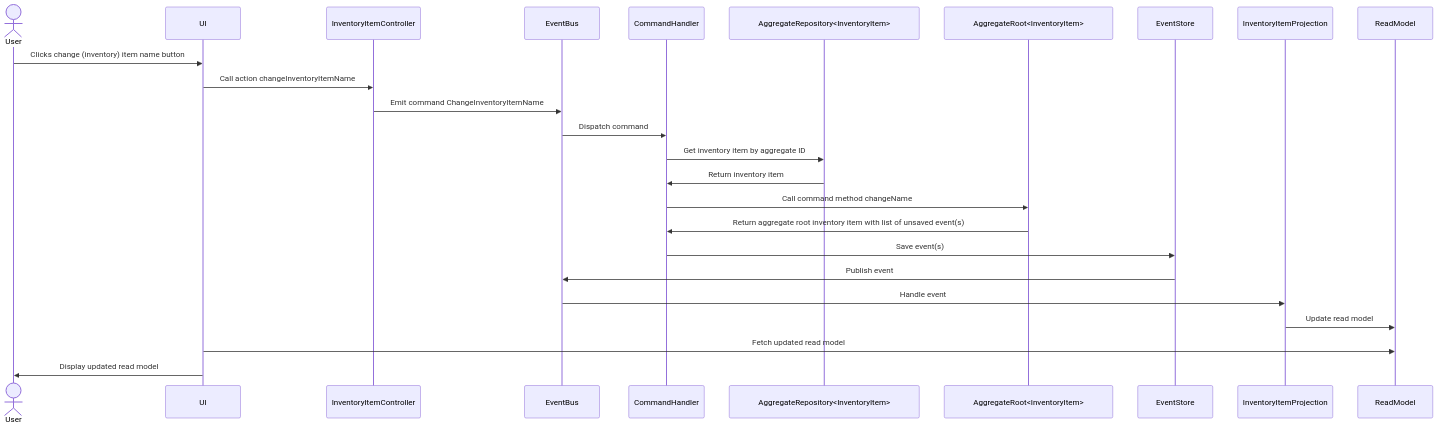
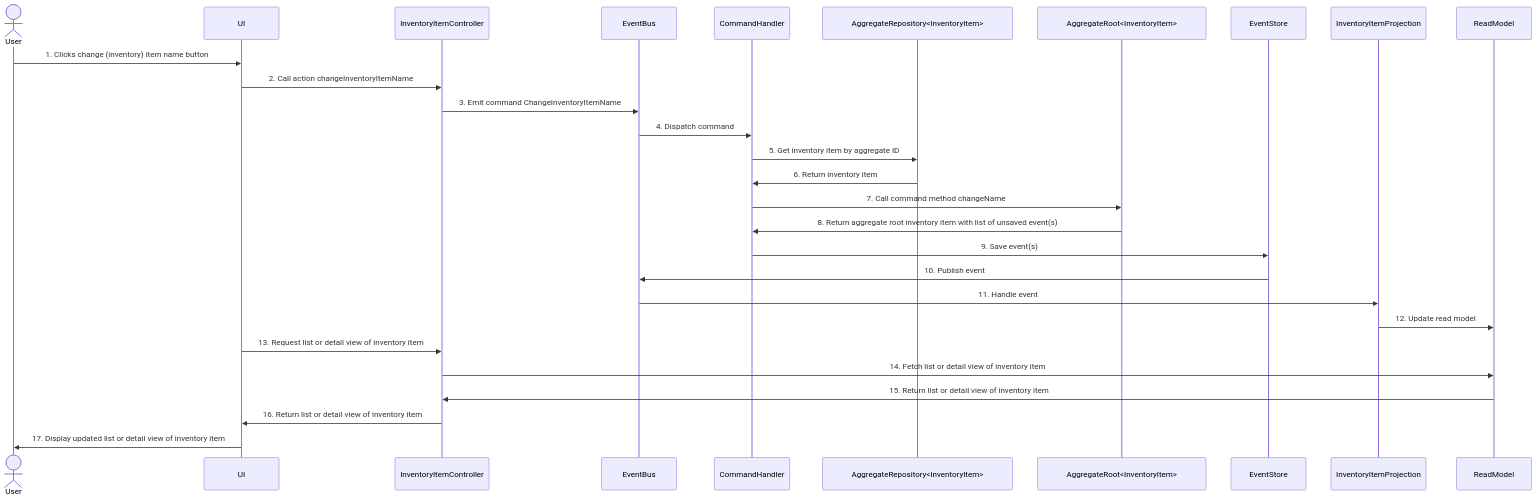
Before and after one commit to simonschoof/simonschoof.com: the first of 2 diagrams in content/post/cqrs-es-kotlin-backend.md, drawn with Mermaid. The commit also changed other lines of this file, not shown here.

Commit message:
#6 | continuies flow and code walkthrough

````diff
--- a/content/post/cqrs-es-kotlin-backend.md
+++ b/content/post/cqrs-es-kotlin-backend.md
@@ -124,29 +124,32 @@
 ```mermaid
 sequenceDiagram
     actor User
     participant UI
     participant InventoryItemController
     participant EventBus
     participant CommandHandler
     participant AggregateRepository#60;InventoryItem#62;
     participant AggregateRoot#60;InventoryItem#62;
     participant EventStore
     participant EventBus
     participant InventoryItemProjection
     participant ReadModel
 
-    User->>UI: Clicks change (inventory) item name  button
-    UI->>InventoryItemController: Call action changeInventoryItemName
-    InventoryItemController->>EventBus: Emit command ChangeInventoryItemName
-    EventBus->>CommandHandler: Dispatch command
-    CommandHandler->>AggregateRepository#60;InventoryItem#62;: Get inventory item by aggregate ID
-    AggregateRepository#60;InventoryItem#62;->>CommandHandler: Return inventory item
-    CommandHandler->>AggregateRoot#60;InventoryItem#62;: Call command method changeName
-    AggregateRoot#60;InventoryItem#62;->>CommandHandler: Return aggregate root inventory item with list of unsaved event(s)
-    CommandHandler->>EventStore: Save event(s)
-    EventStore->>EventBus: Publish event
-    EventBus->>InventoryItemProjection: Handle event
-    InventoryItemProjection->>ReadModel: Update read model
-    UI->>ReadModel: Fetch updated read model
-    UI->>User: Display updated read model
+    User->>UI: 1. Clicks change (inventory) item name  button
+    UI->>InventoryItemController: 2. Call action changeInventoryItemName
+    InventoryItemController->>EventBus: 3. Emit command ChangeInventoryItemName
+    EventBus->>CommandHandler: 4. Dispatch command
+    CommandHandler->>AggregateRepository#60;InventoryItem#62;: 5. Get inventory item by aggregate ID
+    AggregateRepository#60;InventoryItem#62;->>CommandHandler: 6. Return inventory item
+    CommandHandler->>AggregateRoot#60;InventoryItem#62;: 7. Call command method changeName
+    AggregateRoot#60;InventoryItem#62;->>CommandHandler: 8. Return aggregate root inventory item with list of unsaved event(s)
+    CommandHandler->>EventStore: 9. Save event(s)
+    EventStore->>EventBus: 10. Publish event
+    EventBus->>InventoryItemProjection: 11. Handle event
+    InventoryItemProjection->>ReadModel: 12. Update read model
+    UI->>InventoryItemController: 13. Request list or detail view of inventory item
+    InventoryItemController->>ReadModel: 14. Fetch list or detail view of inventory item
+    ReadModel->>InventoryItemController: 15. Return list or detail view of inventory item
+    InventoryItemController->>UI: 16. Return list or detail view of inventory item
+    UI->>User: 17. Display updated list or detail view of inventory item
 ```
````
